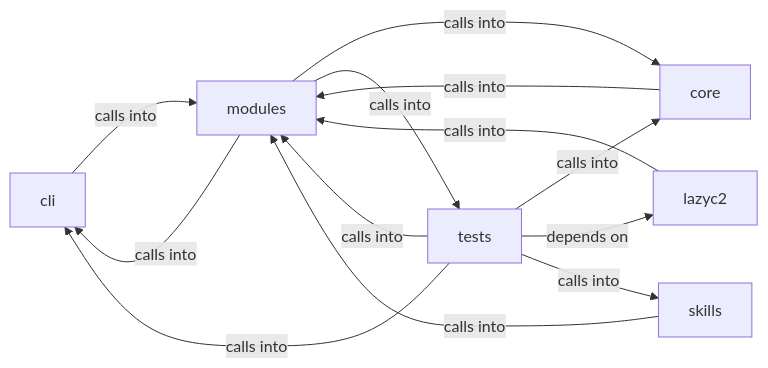
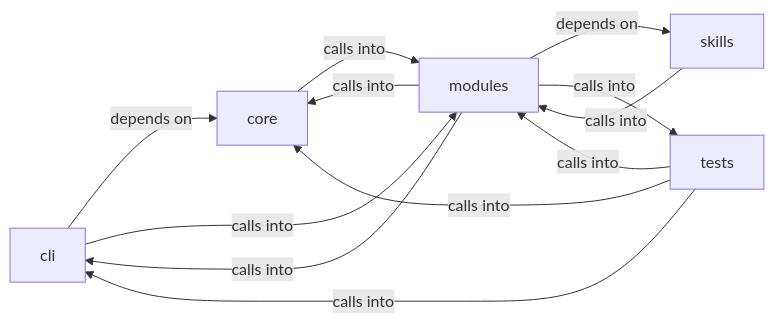
Before and after one commit to grisuno/LazyOwn: the diagram in readmenator-diagrams/modules_lazy_loop.md, drawn with Mermaid. The commit also changed other lines of this file and 768 other files, not shown here.

````diff
--- a/readmenator-diagrams/modules_lazy_loop.md
+++ b/readmenator-diagrams/modules_lazy_loop.md
@@ -5,21 +5,19 @@
 ```mermaid
 graph LR
     cli["cli"]
     core["core"]
-    lazyc2["lazyc2"]
     modules["modules"]
     skills["skills"]
     tests["tests"]
+    cli -- "depends on" --> core
     cli -- "calls into" --> modules
     core -- "calls into" --> modules
-    lazyc2 -- "calls into" --> modules
     modules -- "calls into" --> cli
     modules -- "calls into" --> core
+    modules -- "depends on" --> skills
     modules -- "calls into" --> tests
     skills -- "calls into" --> modules
     tests -- "calls into" --> cli
     tests -- "calls into" --> core
-    tests -- "depends on" --> lazyc2
     tests -- "calls into" --> modules
-    tests -- "calls into" --> skills
 ```
````
